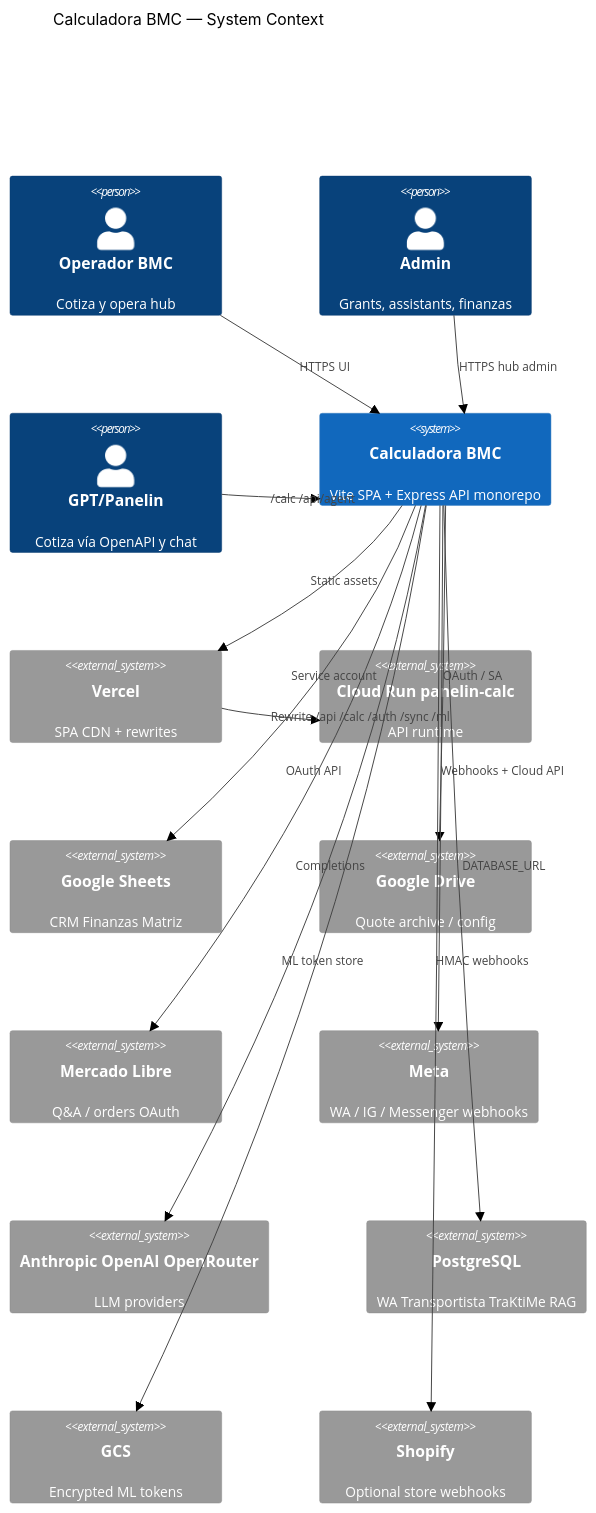
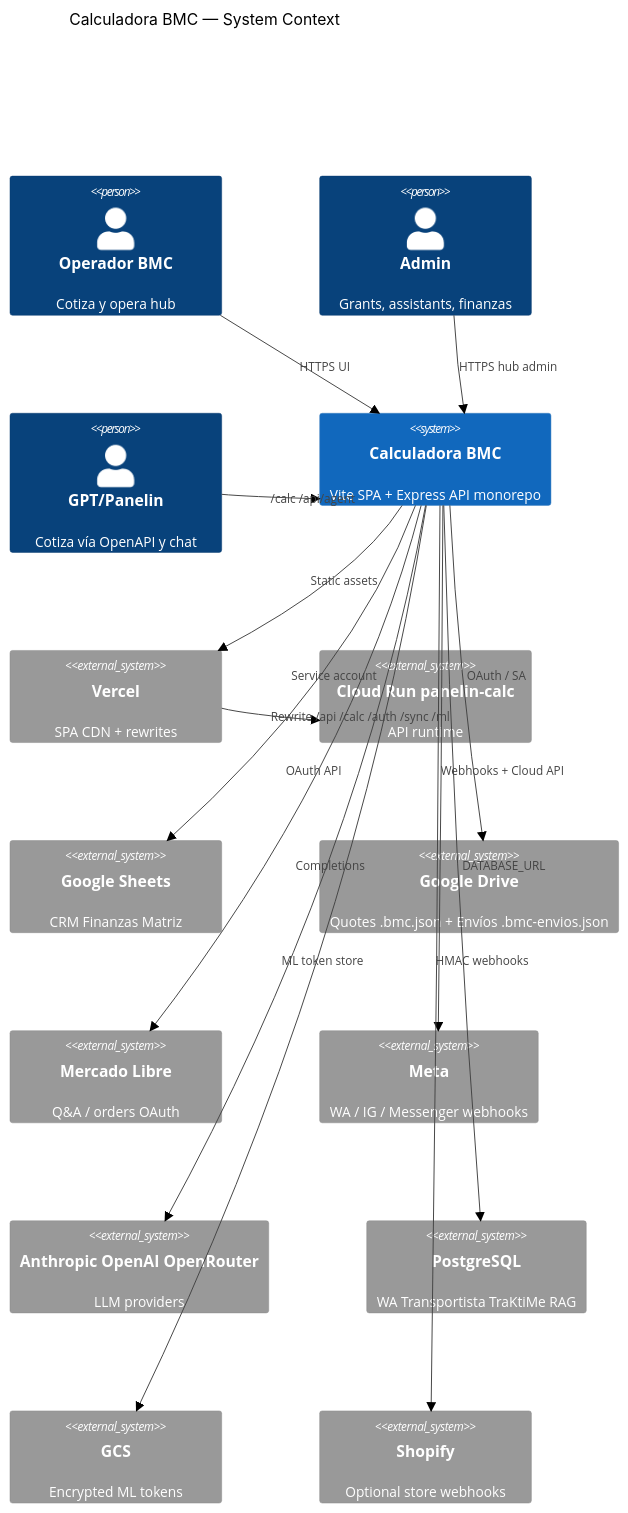
Before and after one commit to matiasportugau-ui/Calculadora-BMC: the first of 5 diagrams in docs/sdd/calculadora-bmc/SDD.md, drawn with Mermaid (neutral theme). The commit also changed other lines of this file and 7 other files, not shown here.

````diff
--- a/docs/sdd/calculadora-bmc/SDD.md
+++ b/docs/sdd/calculadora-bmc/SDD.md
@@ -49,31 +49,31 @@
 ```mermaid
 C4Context
   title Calculadora BMC — System Context
   Person(op, "Operador BMC", "Cotiza y opera hub")
   Person(admin, "Admin", "Grants, assistants, finanzas")
   Person(agent, "GPT/Panelin", "Cotiza vía OpenAPI y chat")
   System(bmc, "Calculadora BMC", "Vite SPA + Express API monorepo")
   System_Ext(vercel, "Vercel", "SPA CDN + rewrites")
   System_Ext(run, "Cloud Run panelin-calc", "API runtime")
   System_Ext(sheets, "Google Sheets", "CRM Finanzas Matriz")
-  System_Ext(gdrive, "Google Drive", "Quote archive / config")
+  System_Ext(gdrive, "Google Drive", "Quotes .bmc.json + Envíos .bmc-envios.json")
   System_Ext(ml, "Mercado Libre", "Q&A / orders OAuth")
   System_Ext(meta, "Meta", "WA / IG / Messenger webhooks")
   System_Ext(llm, "Anthropic OpenAI OpenRouter", "LLM providers")
   System_Ext(pg, "PostgreSQL", "WA Transportista TraKtiMe RAG")
   System_Ext(gcs, "GCS", "Encrypted ML tokens")
   System_Ext(shopify, "Shopify", "Optional store webhooks")
   Rel(op, bmc, "HTTPS UI")
   Rel(admin, bmc, "HTTPS hub admin")
   Rel(agent, bmc, "/calc /api/agent")
   Rel(bmc, vercel, "Static assets")
   Rel(vercel, run, "Rewrite /api /calc /auth /sync /ml")
   Rel(bmc, sheets, "Service account")
   Rel(bmc, gdrive, "OAuth / SA")
   Rel(bmc, ml, "OAuth API")
   Rel(bmc, meta, "Webhooks + Cloud API")
   Rel(bmc, llm, "Completions")
   Rel(bmc, pg, "DATABASE_URL")
   Rel(bmc, gcs, "ML token store")
   Rel(bmc, shopify, "HMAC webhooks")
 ```
````
